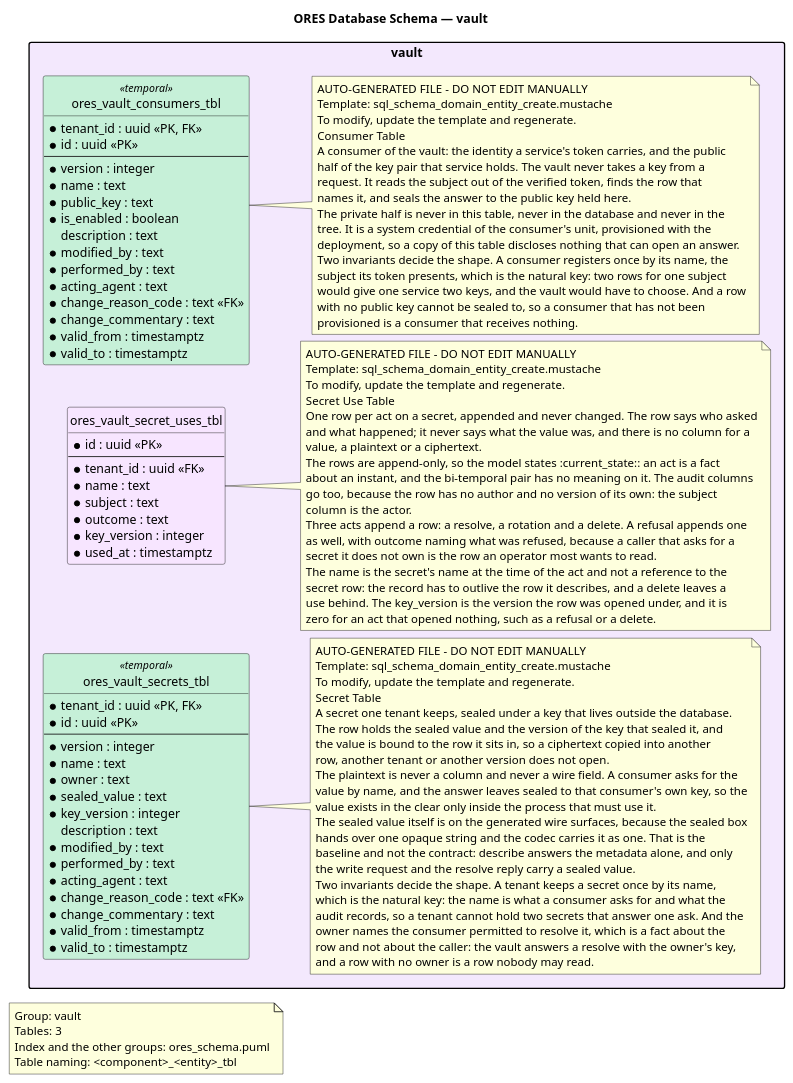
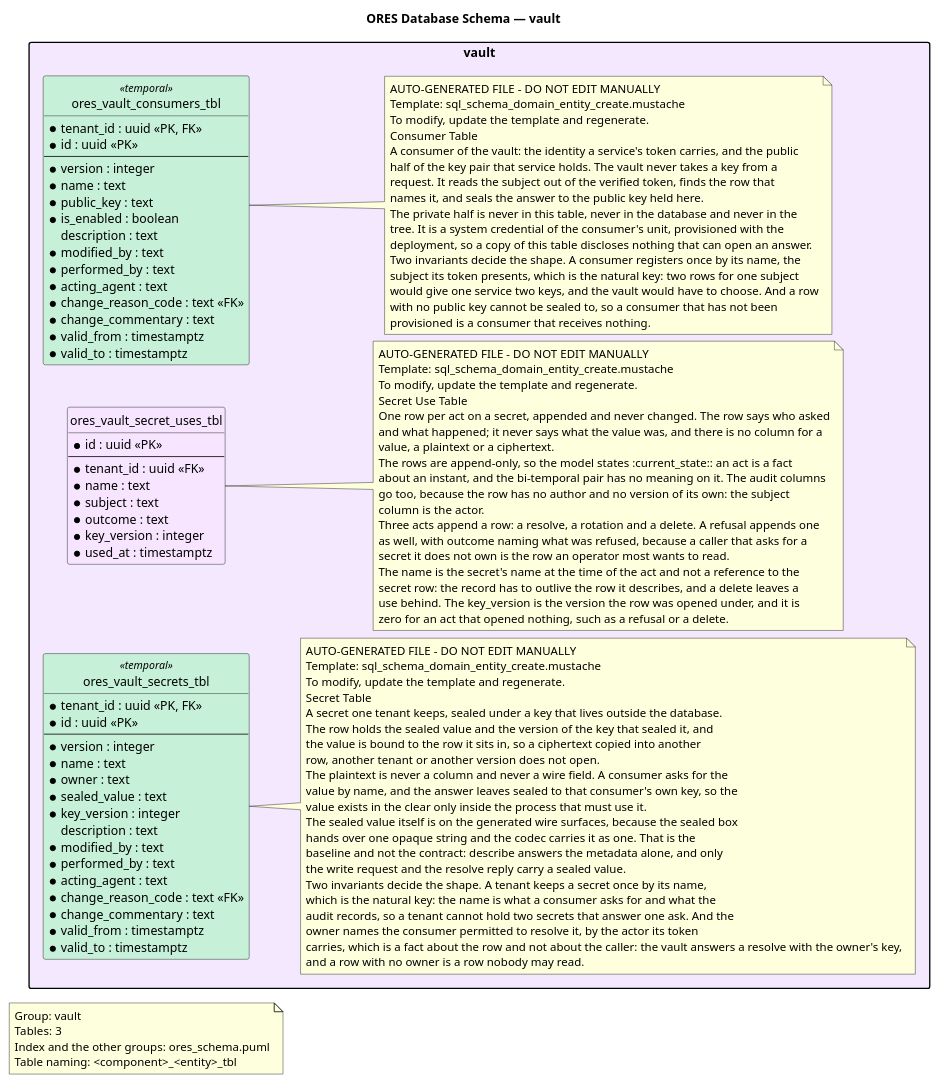
One commit to OreStudio/OreStudio changed the diagram in projects/ores.sql/modeling/ores_schema.vault.puml. Above: the diagram before and after it, drawn with PlantUML. The commit also changed 12 other files, not shown here.

```diff
--- a/projects/ores.sql/modeling/ores_schema.vault.puml
+++ b/projects/ores.sql/modeling/ores_schema.vault.puml
@@ -21,146 +21,146 @@
 @startuml
 
 title ORES Database Schema — vault
 hide circle
 skinparam linetype ortho
 
 ' Layout: left-to-right stacks packages vertically
 left to right direction
 skinparam packageStyle rectangle
 skinparam nodesep 8
 skinparam ranksep 20
 
 note as GroupNote
 Group: vault
 Tables: 3
 Index and the other groups: ores_schema.puml
 Table naming: <component>_<entity>_tbl
 end note
 
 '
 ' ==================== vault (Vault — Secret Custody) ====================
 '
 package "vault" #F3E8FD {
     entity ores_vault_consumers_tbl <<temporal>> #C6F0D8 {
         * tenant_id : uuid <<PK, FK>>
         * id : uuid <<PK>>
         --
         * version : integer
         * name : text
         * public_key : text
         * is_enabled : boolean
           description : text
         * modified_by : text
         * performed_by : text
         * acting_agent : text
         * change_reason_code : text <<FK>>
         * change_commentary : text
         * valid_from : timestamptz
         * valid_to : timestamptz
     }
 
     note right of ores_vault_consumers_tbl
     AUTO-GENERATED FILE - DO NOT EDIT MANUALLY
     Template: sql_schema_domain_entity_create.mustache
     To modify, update the template and regenerate.
     Consumer Table
     A consumer of the vault: the identity a service's token carries, and the public
     half of the key pair that service holds. The vault never takes a key from a
     request. It reads the subject out of the verified token, finds the row that
     names it, and seals the answer to the public key held here.
     The private half is never in this table, never in the database and never in the
     tree. It is a system credential of the consumer's unit, provisioned with the
     deployment, so a copy of this table discloses nothing that can open an answer.
     Two invariants decide the shape. A consumer registers once by its name, the
     subject its token presents, which is the natural key: two rows for one subject
     would give one service two keys, and the vault would have to choose. And a row
     with no public key cannot be sealed to, so a consumer that has not been
     provisioned is a consumer that receives nothing.
     end note
 
     entity ores_vault_secret_uses_tbl  #F7E5FF {
         * id : uuid <<PK>>
         --
         * tenant_id : uuid <<FK>>
         * name : text
         * subject : text
         * outcome : text
         * key_version : integer
         * used_at : timestamptz
     }
 
     note right of ores_vault_secret_uses_tbl
     AUTO-GENERATED FILE - DO NOT EDIT MANUALLY
     Template: sql_schema_domain_entity_create.mustache
     To modify, update the template and regenerate.
     Secret Use Table
     One row per act on a secret, appended and never changed. The row says who asked
     and what happened; it never says what the value was, and there is no column for a
     value, a plaintext or a ciphertext.
     The rows are append-only, so the model states :current_state:: an act is a fact
     about an instant, and the bi-temporal pair has no meaning on it. The audit columns
     go too, because the row has no author and no version of its own: the subject
     column is the actor.
     Three acts append a row: a resolve, a rotation and a delete. A refusal appends one
     as well, with outcome naming what was refused, because a caller that asks for a
     secret it does not own is the row an operator most wants to read.
     The name is the secret's name at the time of the act and not a reference to the
     secret row: the record has to outlive the row it describes, and a delete leaves a
     use behind. The key_version is the version the row was opened under, and it is
     zero for an act that opened nothing, such as a refusal or a delete.
     end note
 
     entity ores_vault_secrets_tbl <<temporal>> #C6F0D8 {
         * tenant_id : uuid <<PK, FK>>
         * id : uuid <<PK>>
         --
         * version : integer
         * name : text
         * owner : text
         * sealed_value : text
         * key_version : integer
           description : text
         * modified_by : text
         * performed_by : text
         * acting_agent : text
         * change_reason_code : text <<FK>>
         * change_commentary : text
         * valid_from : timestamptz
         * valid_to : timestamptz
     }
 
     note right of ores_vault_secrets_tbl
     AUTO-GENERATED FILE - DO NOT EDIT MANUALLY
     Template: sql_schema_domain_entity_create.mustache
     To modify, update the template and regenerate.
     Secret Table
     A secret one tenant keeps, sealed under a key that lives outside the database.
     The row holds the sealed value and the version of the key that sealed it, and
     the value is bound to the row it sits in, so a ciphertext copied into another
     row, another tenant or another version does not open.
     The plaintext is never a column and never a wire field. A consumer asks for the
     value by name, and the answer leaves sealed to that consumer's own key, so the
     value exists in the clear only inside the process that must use it.
     The sealed value itself is on the generated wire surfaces, because the sealed box
     hands over one opaque string and the codec carries it as one. That is the
     baseline and not the contract: describe answers the metadata alone, and only
     the write request and the resolve reply carry a sealed value.
     Two invariants decide the shape. A tenant keeps a secret once by its name,
     which is the natural key: the name is what a consumer asks for and what the
     audit records, so a tenant cannot hold two secrets that answer one ask. And the
-    owner names the consumer permitted to resolve it, which is a fact about the
-    row and not about the caller: the vault answers a resolve with the owner's key,
+    owner names the consumer permitted to resolve it, by the actor its token
+    carries, which is a fact about the row and not about the caller: the vault answers a resolve with the owner's key,
     and a row with no owner is a row nobody may read.
     end note
 
 }
 
 
 '
 ' ==================== Relationships ====================
 '
 
 ' Local Variables:
 ' compile-command: "java -Djava.awt.headless=true -DPLANTUML_LIMIT_SIZE=131072 -jar /usr/share/plantuml/plantuml.jar ores_schema.vault.puml"
 ' End:
 @enduml
```
